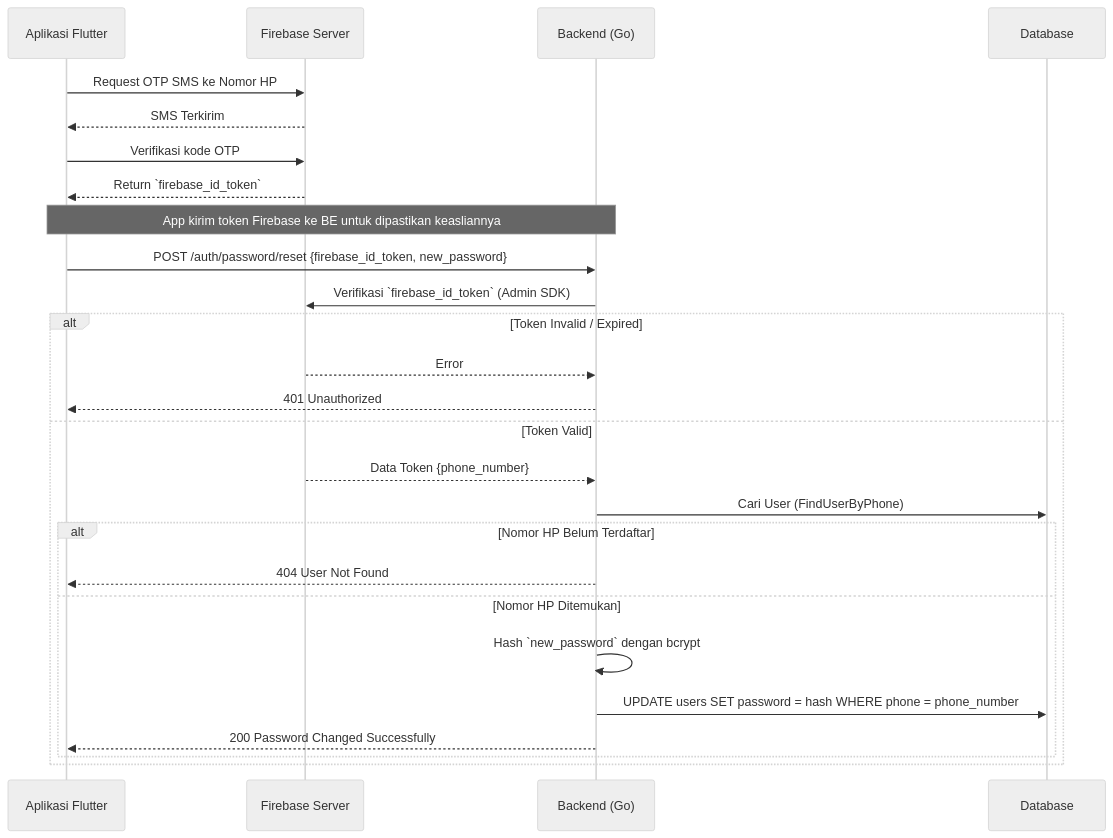
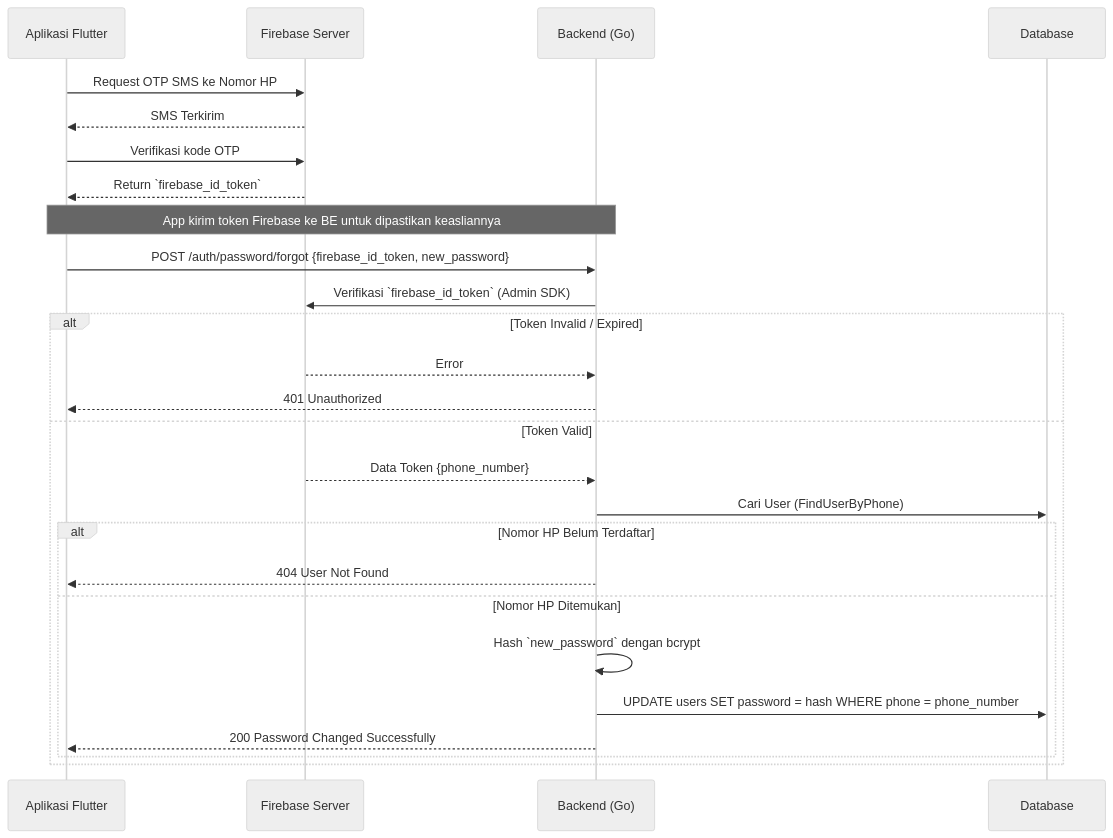
One commit to nunutech40/open-api-free-news changed the fifth of 6 diagrams in docs/AUTH.md. Above: the diagram before and after it, drawn with Mermaid (neutral theme). The commit also changed other lines of this file, not shown here.

Commit message:
docs: revise password reset to be forgot password flow

````diff
--- a/docs/AUTH.md
+++ b/docs/AUTH.md
@@ -229,32 +229,32 @@
 ```mermaid
 sequenceDiagram
     participant App as Aplikasi Flutter
     participant FB as Firebase Server
     participant BE as Backend (Go)
     participant DB as Database
 
     App->>FB: Request OTP SMS ke Nomor HP
     FB-->>App: SMS Terkirim
     App->>FB: Verifikasi kode OTP
     FB-->>App: Return `firebase_id_token`
     
     Note over App, BE: App kirim token Firebase ke BE untuk dipastikan keasliannya
-    App->>BE: POST /auth/password/reset {firebase_id_token, new_password}
+    App->>BE: POST /auth/password/forgot {firebase_id_token, new_password}
     BE->>FB: Verifikasi `firebase_id_token` (Admin SDK)
     
     alt Token Invalid / Expired
         FB-->>BE: Error
         BE-->>App: 401 Unauthorized
     else Token Valid
         FB-->>BE: Data Token {phone_number}
         BE->>DB: Cari User (FindUserByPhone)
         
         alt Nomor HP Belum Terdaftar
             BE-->>App: 404 User Not Found
         else Nomor HP Ditemukan
             BE->>BE: Hash `new_password` dengan bcrypt
             BE->>DB: UPDATE users SET password = hash WHERE phone = phone_number
             BE-->>App: 200 Password Changed Successfully
         end
     end
 ```
````
